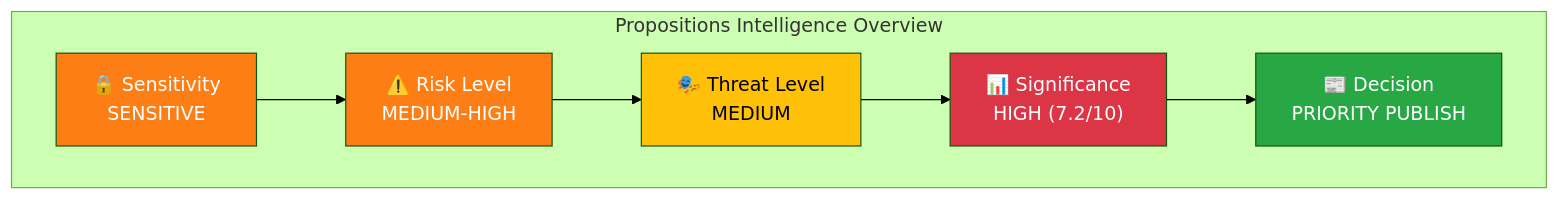
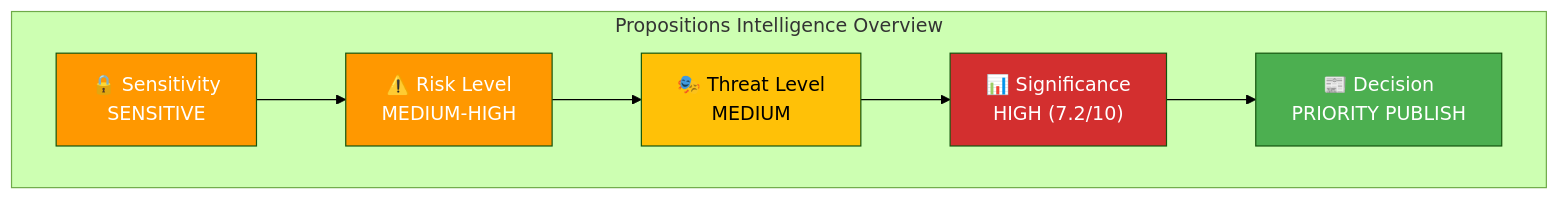
One commit to Hack23/riksdagsmonitor changed the first of 2 diagrams in analysis/daily/2026-04-03/propositions/synthesis-summary.md. Above: the diagram before and after it, drawn with Mermaid (forest theme). The commit also changed other lines of this file and 785 other files, not shown here.

First line of the commit message:
Normalize mermaid colors across 786 analysis artifacts to ISMS Style Guide palette

````diff
--- a/analysis/daily/2026-04-03/propositions/synthesis-summary.md
+++ b/analysis/daily/2026-04-03/propositions/synthesis-summary.md
@@ -18,19 +18,19 @@
 ```mermaid
 graph TD
     subgraph "Propositions Intelligence Overview"
         S["🔒 Sensitivity<br/>SENSITIVE"]
         R["⚠️ Risk Level<br/>MEDIUM-HIGH"]
         T["🎭 Threat Level<br/>MEDIUM"]
         SIG["📊 Significance<br/>HIGH (7.2/10)"]
         D["📰 Decision<br/>PRIORITY PUBLISH"]
     end
     S --> R
     R --> T
     T --> SIG
     SIG --> D
-    style S fill:#fd7e14,color:#fff
-    style R fill:#fd7e14,color:#fff
-    style T fill:#ffc107,color:#000
-    style SIG fill:#dc3545,color:#fff
-    style D fill:#28a745,color:#fff
+    style S fill:#FF9800,color:#FFFFFF
+    style R fill:#FF9800,color:#FFFFFF
+    style T fill:#FFC107,color:#000000
+    style SIG fill:#D32F2F,color:#FFFFFF
+    style D fill:#4CAF50,color:#FFFFFF
 ```
````
